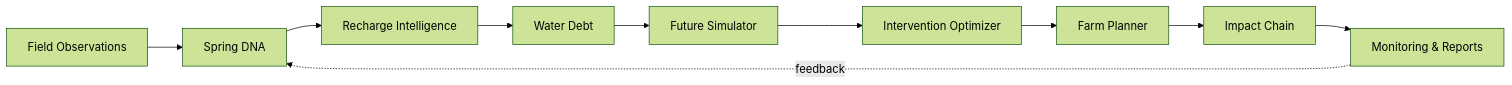
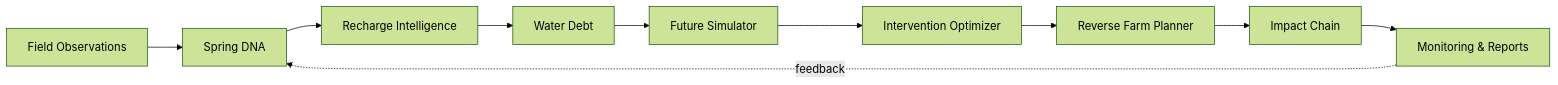
One commit to sakshi01-art/jalchakra_ai changed the diagram in README.md. Above: the diagram before and after it, drawn with Mermaid (forest theme). The commit also changed other lines of this file, not shown here.

````diff
--- a/README.md
+++ b/README.md
@@ -45,12 +46,12 @@
 ```mermaid
 flowchart LR
     A[Field Observations] --> B[Spring DNA]
     B --> C[Recharge Intelligence]
     C --> D[Water Debt]
     D --> E[Future Simulator]
     E --> F[Intervention Optimizer]
-    F --> G[Farm Planner]
+    F --> G[Reverse Farm Planner]
     G --> H[Impact Chain]
     H --> I[Monitoring & Reports]
     I -. feedback .-> B
 ```
````
